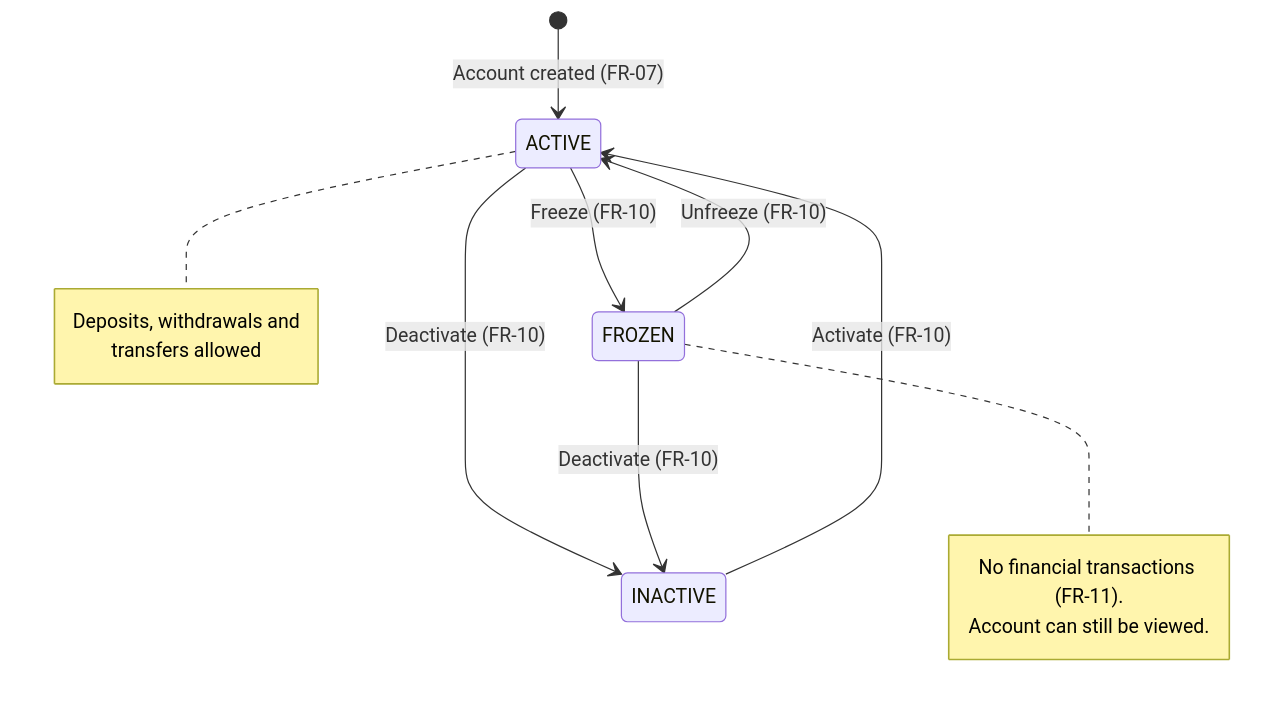
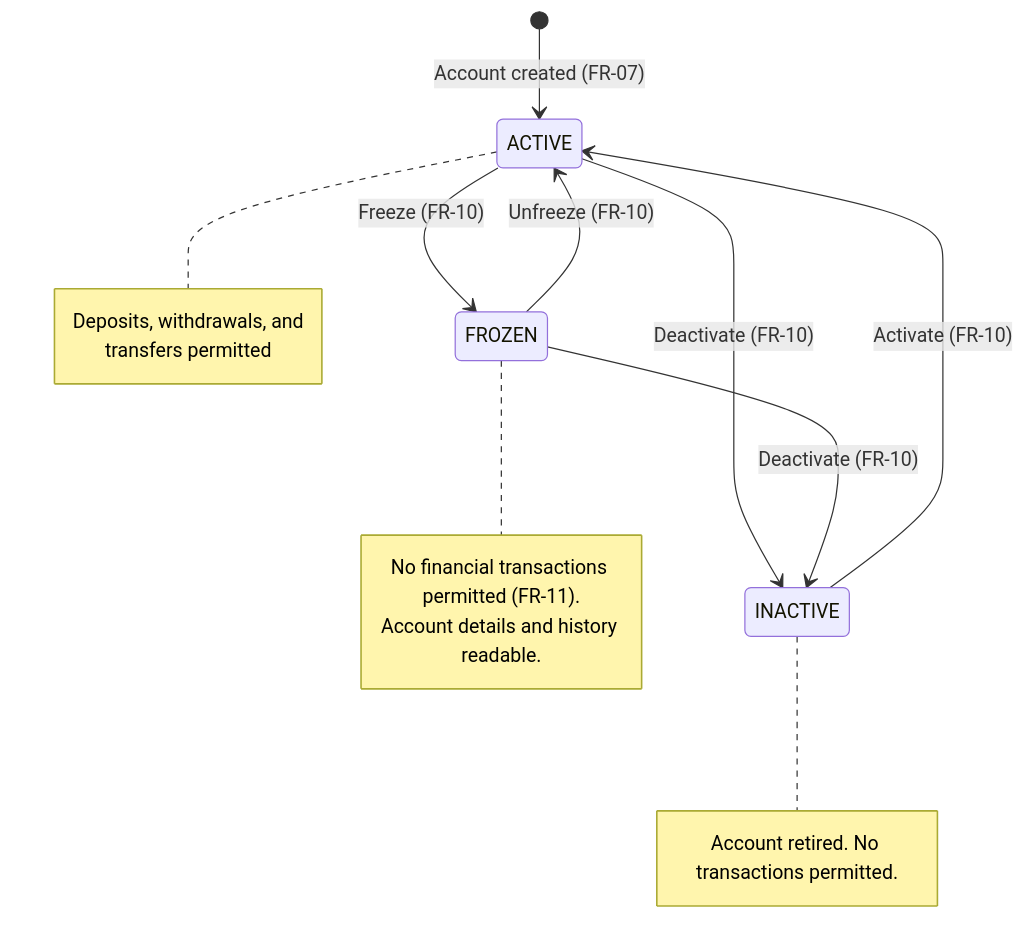
One commit to sujayhegde23/Bank-Management-System changed the second of 3 diagrams in docs/phase1/diagrams/data_model.md. Above: the diagram before and after it, drawn with Mermaid. The commit also changed other lines of this file and 25 other files, not shown here.

Commit message:
docs: reconcile SRS, SAD, RTM, architecture diagrams, and formal testing reports

````diff
--- a/docs/phase1/diagrams/data_model.md
+++ b/docs/phase1/diagrams/data_model.md
@@ -82,18 +166,21 @@
 ```mermaid
 stateDiagram-v2
     [*] --> ACTIVE : Account created (FR-07)
     ACTIVE --> FROZEN : Freeze (FR-10)
     FROZEN --> ACTIVE : Unfreeze (FR-10)
     ACTIVE --> INACTIVE : Deactivate (FR-10)
     FROZEN --> INACTIVE : Deactivate (FR-10)
     INACTIVE --> ACTIVE : Activate (FR-10)
 
     note right of ACTIVE
-        Deposits, withdrawals and
-        transfers allowed
+        Deposits, withdrawals, and
+        transfers permitted
     end note
     note right of FROZEN
-        No financial transactions (FR-11).
-        Account can still be viewed.
+        No financial transactions permitted (FR-11).
+        Account details and history readable.
+    end note
+    note right of INACTIVE
+        Account retired. No transactions permitted.
     end note
 ```
````
